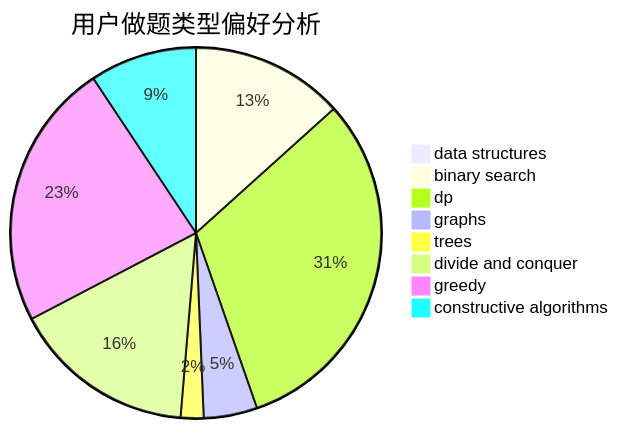
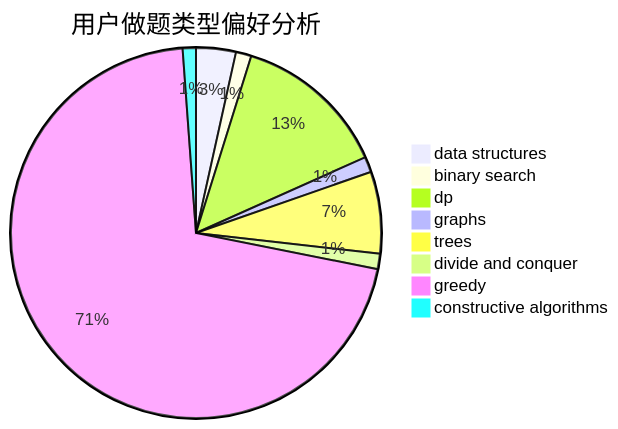
Before and after one commit to sherpahu/cfrs.github.io: the second of 3 diagrams in docs/user/u1918.md, drawn with Mermaid. The commit also changed other lines of this file and 2770 other files, not shown here.

````diff
--- a/docs/user/u1918.md
+++ b/docs/user/u1918.md
@@ -23,11 +23,11 @@
 ```mermaid
 pie title 用户做题类型偏好分析
-    "data structures" :  1
-    "binary search" :  20
-    "dp" :  47
+    "data structures" :  18
+    "binary search" :  7
+    "dp" :  70
     "graphs" :  7
-    "trees" :  3
-    "divide and conquer" :  24
-    "greedy" :  35
-    "constructive algorithms" :  14
+    "trees" :  37
+    "divide and conquer" :  7
+    "greedy" :  367
+    "constructive algorithms" :  6
 ```
````
